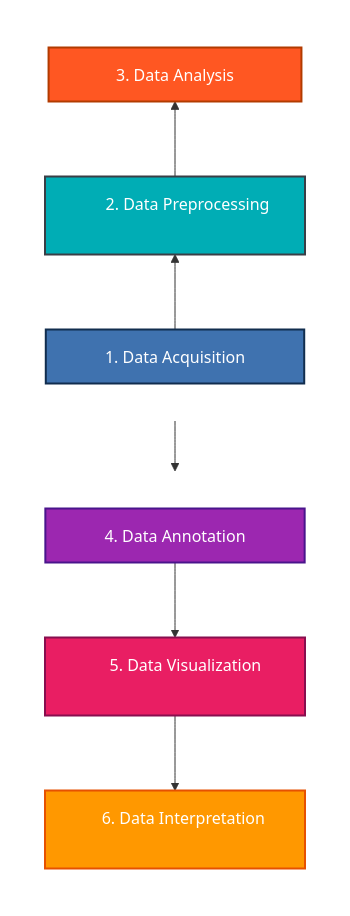
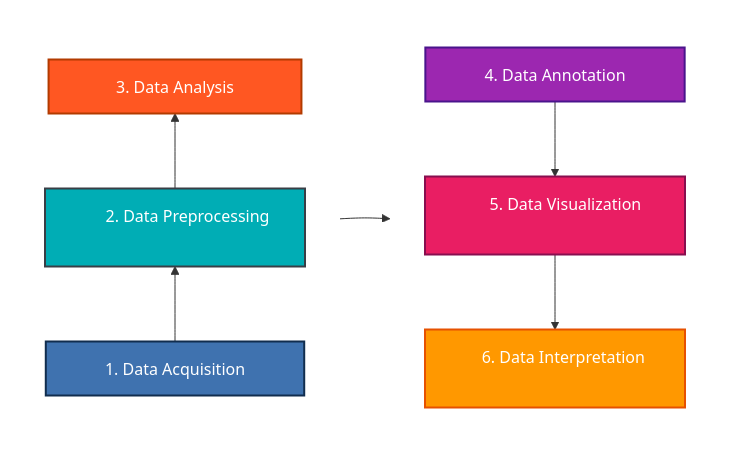
Before and after one commit to JoseManurung/PDAC-PNI-Transcriptomics-Analysis: the diagram in README.md, drawn with Mermaid.

````diff
--- a/README.md
+++ b/README.md
@@ -86,31 +85,34 @@
 ```mermaid
-graph TD
+graph LR
     %% Left Column Group (Flowing Bottom-to-Top: 1 -> 2 -> 3)
     subgraph Col1 [" "]
         direction BT
         S1["&nbsp;&nbsp;&nbsp;&nbsp;&nbsp;&nbsp; 1. Data Acquisition &nbsp;&nbsp;&nbsp;&nbsp;&nbsp;&nbsp;"] --> S2["&nbsp;&nbsp;&nbsp;&nbsp;&nbsp;&nbsp; 2. Data Preprocessing &nbsp;&nbsp;&nbsp;&nbsp;&nbsp;"]
         S2 --> S3["&nbsp;&nbsp;&nbsp;&nbsp;&nbsp;&nbsp;&nbsp;&nbsp; 3. Data Analysis &nbsp;&nbsp;&nbsp;&nbsp;&nbsp;&nbsp;&nbsp;&nbsp;"]
     end
 
     %% Right Column Group (Flowing Top-to-Bottom: 4 -> 5 -> 6)
     subgraph Col2 [" "]
         direction TB
         S4["&nbsp;&nbsp;&nbsp;&nbsp;&nbsp;&nbsp; 4. Data Annotation &nbsp;&nbsp;&nbsp;&nbsp;&nbsp;&nbsp;"] --> S5["&nbsp;&nbsp;&nbsp;&nbsp;&nbsp; 5. Data Visualization &nbsp;&nbsp;&nbsp;&nbsp;&nbsp;"]
         S5 --> S6["&nbsp;&nbsp;&nbsp;&nbsp; 6. Data Interpretation &nbsp;&nbsp;&nbsp;&nbsp;"]
     end
 
     %% Horizontal Top Connector (Bridge from Step 3 Across to Step 4)
     S3 --> S4
 
+    %% Alignment Pin (Ensures Bottom Nodes Stay Level)
+    S1 ~~~ S6
+
     %% Color Palette and Styling Definitions
     style S1 fill:#3f72af,color:#fff,stroke:#112d4e,stroke-width:2px
     style S2 fill:#00adb5,color:#fff,stroke:#393e46,stroke-width:2px
     style S3 fill:#ff5722,color:#fff,stroke:#b23b00,stroke-width:2px
     style S4 fill:#9c27b0,color:#fff,stroke:#4a148c,stroke-width:2px
     style S5 fill:#e91e63,color:#fff,stroke:#880e4f,stroke-width:2px
     style S6 fill:#ff9800,color:#fff,stroke:#e65100,stroke-width:2px
 
     %% Hide Subgraph Borders for Clean Grid Alignment
     style Col1 fill:transparent,stroke:none
     style Col2 fill:transparent,stroke:none
 ```
````
